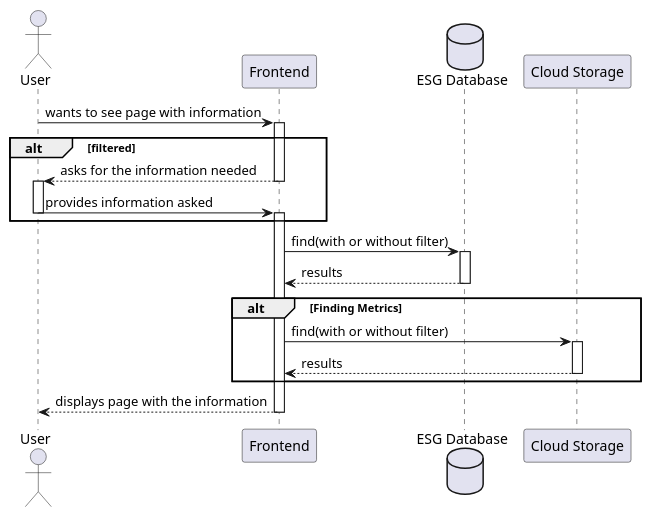
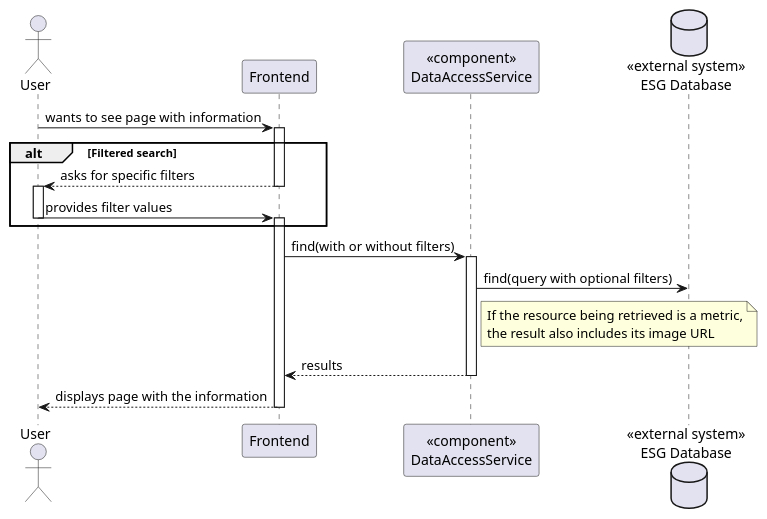
One commit to matilde-varela/ISEP-PESTI-Report-2025 changed the diagram in frontmatter/assets/diagrams/Process Views/lvl2.puml. Above: the diagram before and after it, drawn with PlantUML. The commit also changed 20 other files, not shown here.

```diff
--- a/frontmatter/assets/diagrams/Process Views/lvl2.puml
+++ b/frontmatter/assets/diagrams/Process Views/lvl2.puml
@@ -1,41 +1,37 @@
 @startuml
 
 actor User as USER
 participant Frontend as FE
-database "ESG Database" as DATA
-participant  "Cloud Storage" as CLOUD
-
+participant "<<component>>\nDataAccessService" as DATASERV
+database "<<external system>>\nESG Database" as DATA
 
 USER -> FE : wants to see page with information
 activate FE
 
-
-alt filtered
-    FE --> USER : asks for the information needed
+alt Filtered search
+    FE --> USER : asks for specific filters
     deactivate FE
     activate USER
 
-    USER -> FE : provides information asked
+    USER -> FE : provides filter values
     deactivate USER
     activate FE
 end alt
 
+FE -> DATASERV : find(with or without filters)
+activate DATASERV
 
-FE -> DATA : find(with or without filter)
-activate DATA
+DATASERV -> DATA : find(query with optional filters)
 
-DATA --> FE : results
-deactivate DATA
+note right DATASERV
+If the resource being retrieved is a metric,
+the result also includes its image URL
+end note
 
-alt Finding Metrics
-    FE -> CLOUD : find(with or without filter)
-    activate CLOUD
-
-    CLOUD --> FE : results
-    deactivate CLOUD
-end alt
-
+DATASERV --> FE : results
+deactivate DATASERV
 
 FE --> USER : displays page with the information
-deactivate FE 
+deactivate FE
+
 @enduml
```
